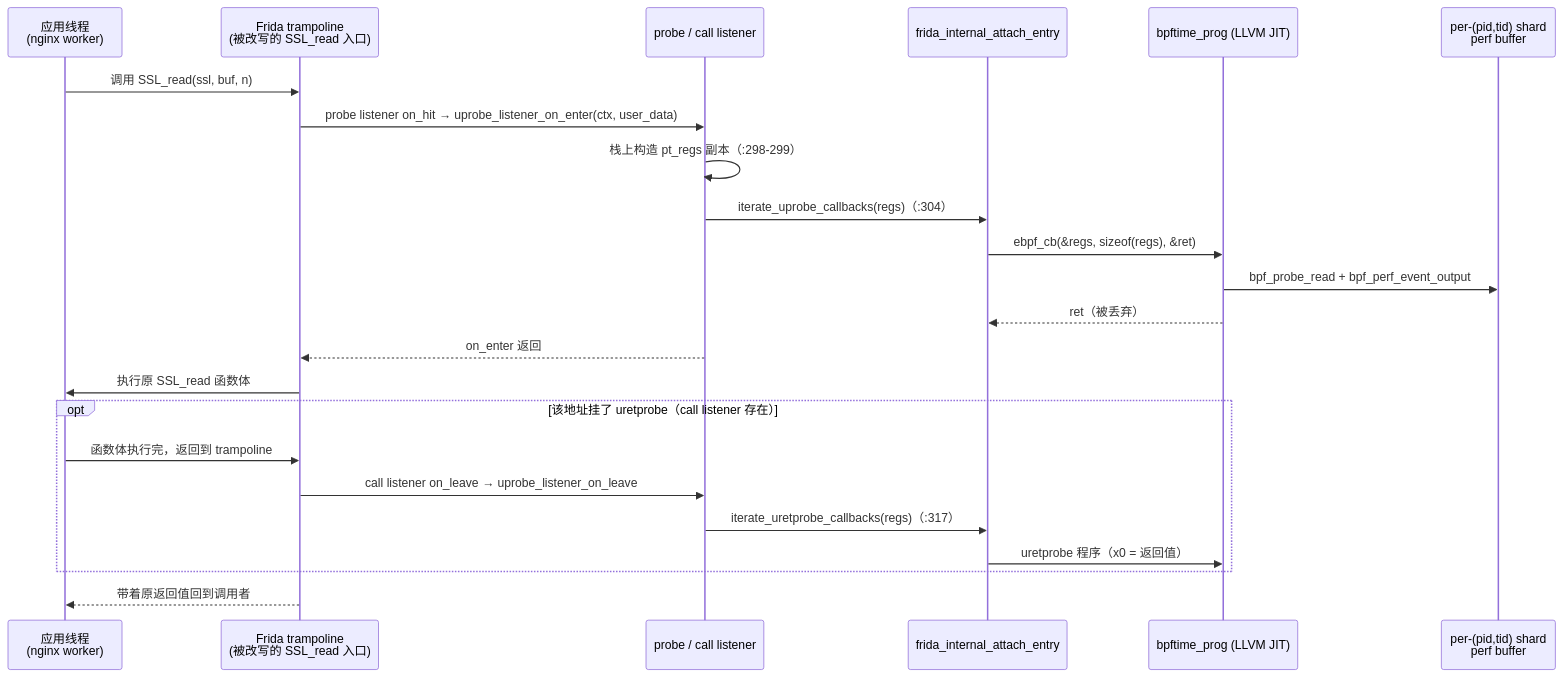
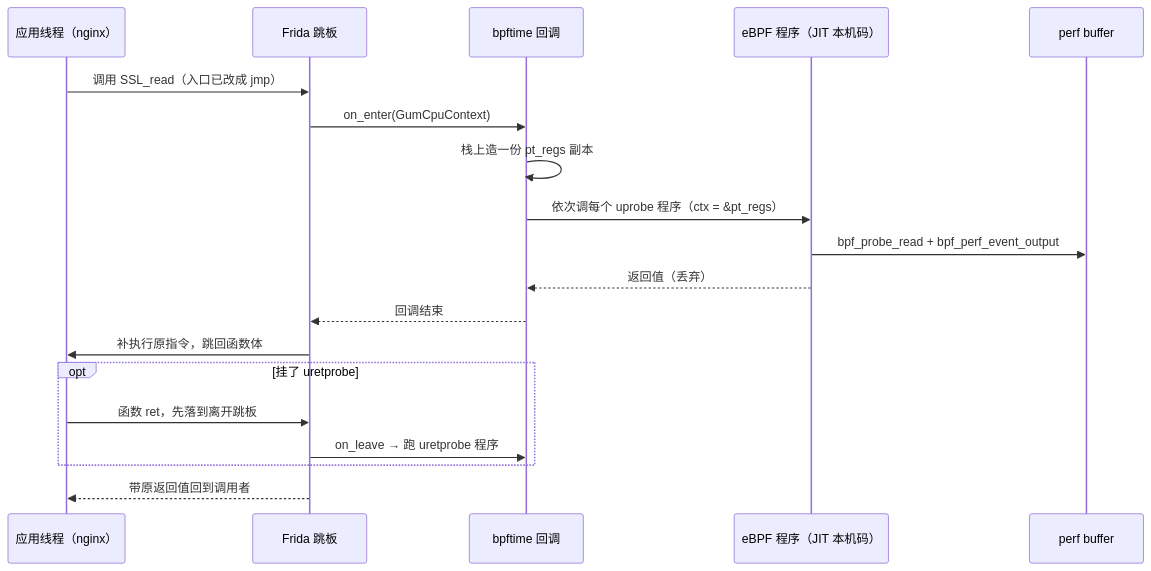
The third of 3 diagrams in 04-attach-frida.md (plsy1/bpftime-benchmark), drawn with Mermaid before and after one commit. The commit also changed other lines of this file and 10 other files, not shown here.

````diff
--- a/04-attach-frida.md
+++ b/04-attach-frida.md
@@ -288,26 +241,22 @@
 ```mermaid
 sequenceDiagram
-    participant App as 应用线程<br/>(nginx worker)
-    participant Tramp as Frida trampoline<br/>(被改写的 SSL_read 入口)
-    participant L as probe / call listener
-    participant E as frida_internal_attach_entry
-    participant BPF as bpftime_prog (LLVM JIT)
-    participant Ring as per-(pid,tid) shard<br/>perf buffer
+    participant App as 应用线程（nginx）
+    participant T as Frida 跳板
+    participant L as bpftime 回调
+    participant P as eBPF 程序（JIT 本机码）
+    participant B as perf buffer
 
-    App->>Tramp: 调用 SSL_read(ssl, buf, n)
-    Tramp->>L: probe listener on_hit → uprobe_listener_on_enter(ctx, user_data)
-    L->>L: 栈上构造 pt_regs 副本（:298-299）
-    L->>E: iterate_uprobe_callbacks(regs)（:304）
-    E->>BPF: ebpf_cb(&regs, sizeof(regs), &ret)
-    BPF->>Ring: bpf_probe_read + bpf_perf_event_output
-    BPF-->>E: ret（被丢弃）
-    L-->>Tramp: on_enter 返回
-    Tramp->>App: 执行原 SSL_read 函数体
-    opt 该地址挂了 uretprobe（call listener 存在）
-        App->>Tramp: 函数体执行完，返回到 trampoline
-        Tramp->>L: call listener on_leave → uprobe_listener_on_leave
-        L->>E: iterate_uretprobe_callbacks(regs)（:317）
-        E->>BPF: uretprobe 程序（x0 = 返回值）
+    App->>T: 调用 SSL_read（入口已改成 jmp）
+    T->>L: on_enter(GumCpuContext)
+    L->>L: 栈上造一份 pt_regs 副本
+    L->>P: 依次调每个 uprobe 程序（ctx = &pt_regs）
+    P->>B: bpf_probe_read + bpf_perf_event_output
+    P-->>L: 返回值（丢弃）
+    L-->>T: 回调结束
+    T->>App: 补执行原指令，跳回函数体
+    opt 挂了 uretprobe
+        App->>T: 函数 ret，先落到离开跳板
+        T->>L: on_leave → 跑 uretprobe 程序
     end
-    Tramp-->>App: 带着原返回值回到调用者
+    T-->>App: 带原返回值回到调用者
 ```
````
